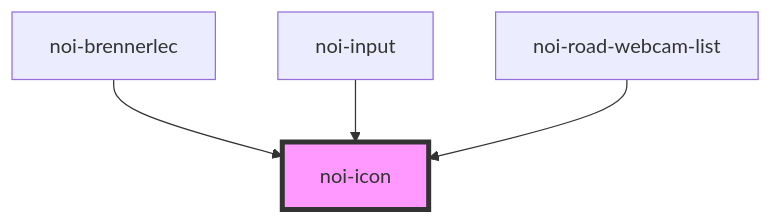
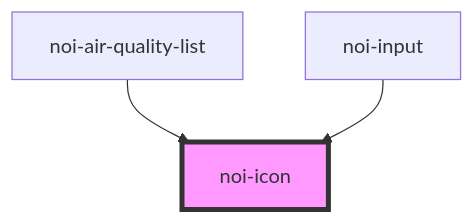
One commit to noi-techpark/webcomp-a22-air-quality changed the diagram in src/blocks/icon/readme.md. Above: the diagram before and after it, drawn with Mermaid. The commit also changed other lines of this file and 8 other files, not shown here.

````diff
--- a/src/blocks/icon/readme.md
+++ b/src/blocks/icon/readme.md
@@ -38,7 +37,6 @@
 ```mermaid
 graph TD;
-  noi-brennerlec --> noi-icon
+  noi-air-quality-list --> noi-icon
   noi-input --> noi-icon
-  noi-road-webcam-list --> noi-icon
   style noi-icon fill:#f9f,stroke:#333,stroke-width:4px
 ```
````
